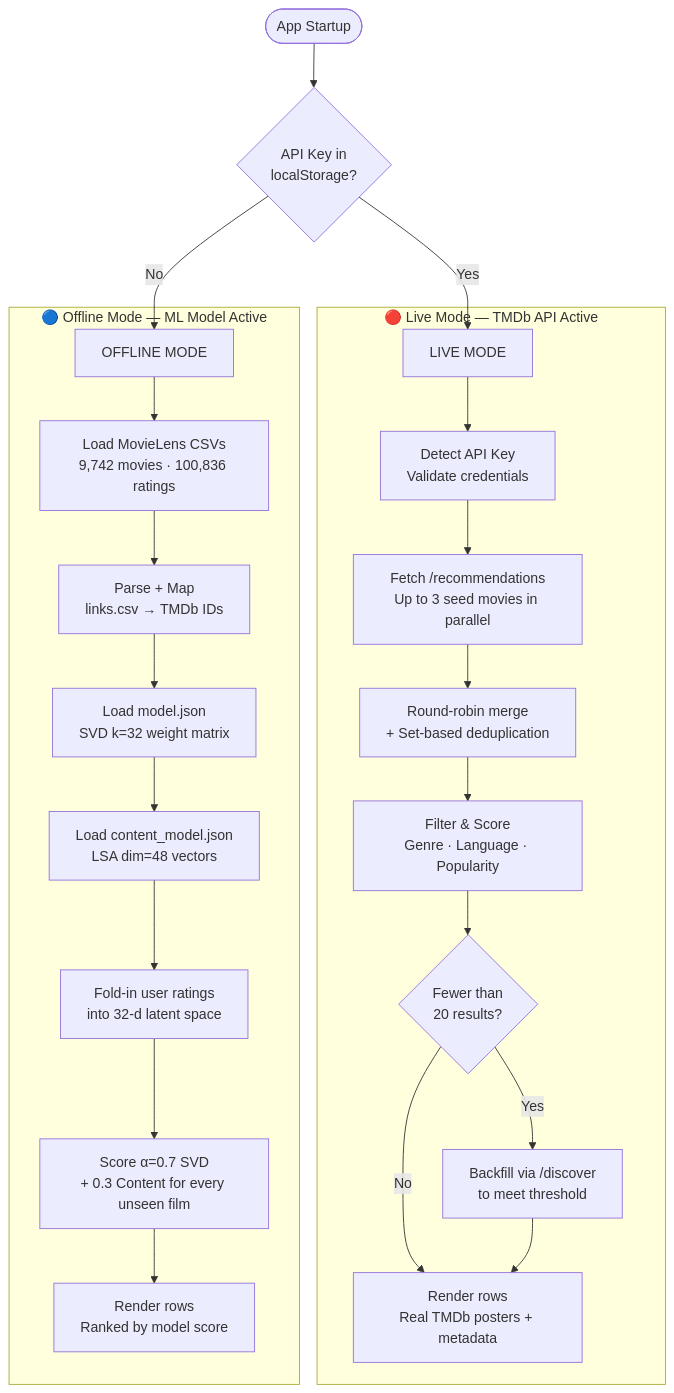
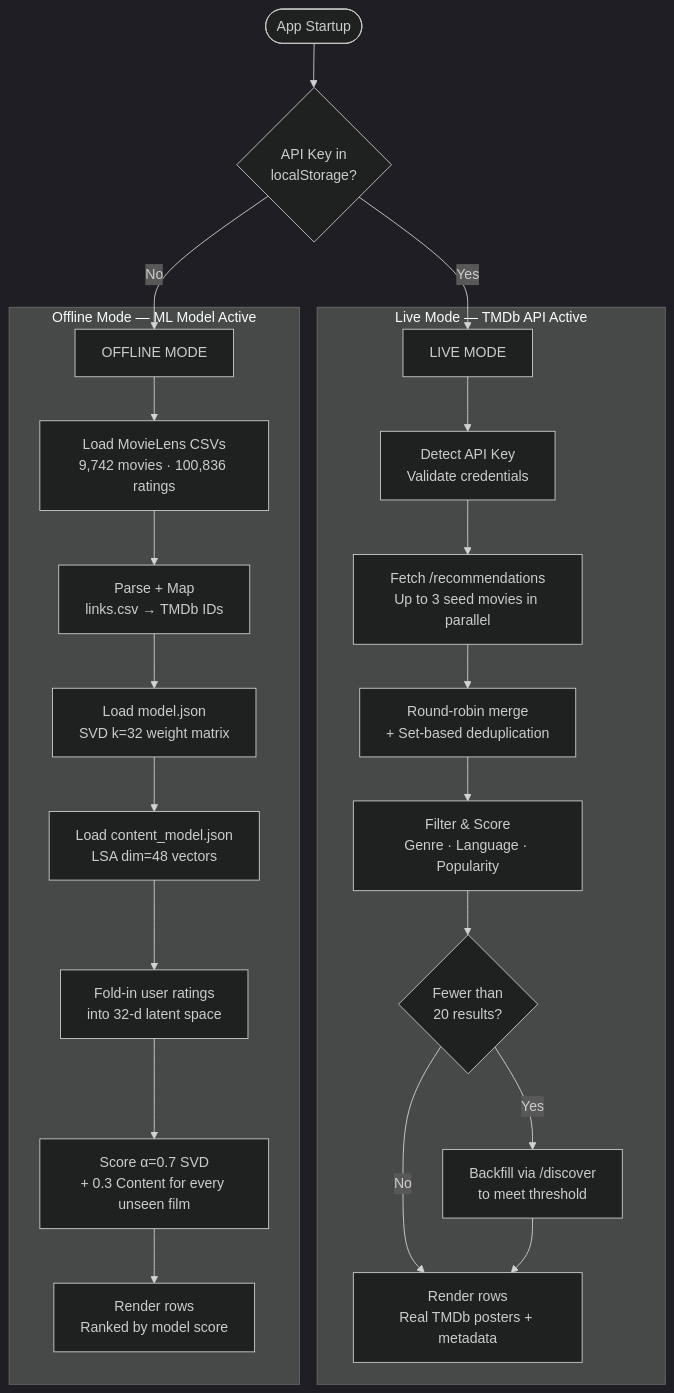
Before and after one commit to 4-thkind/Movie-Recommendation-Model: the second of 6 diagrams in README.md, drawn with Mermaid. The commit also changed other lines of this file, not shown here.

````diff
--- a/README.md
+++ b/README.md
@@ -118,28 +117,29 @@
 ```mermaid
+%%{init: {'theme': 'dark'}}%%
 flowchart TD
     START([App Startup]) --> DETECT{API Key in\nlocalStorage?}
 
     DETECT -->|Yes| LIVE_START[LIVE MODE]
     DETECT -->|No| OFF_START[OFFLINE MODE]
 
-    subgraph LIVE [" 🔴  Live Mode — TMDb API Active "]
+    subgraph LIVE [" Live Mode — TMDb API Active "]
         LIVE_START --> L1[Detect API Key\nValidate credentials]
         L1 --> L2[Fetch /recommendations\nUp to 3 seed movies in parallel]
         L2 --> L3[Round-robin merge\n+ Set-based deduplication]
         L3 --> L4[Filter & Score\nGenre · Language · Popularity]
         L4 --> L5{Fewer than\n20 results?}
         L5 -->|Yes| L6[Backfill via /discover\nto meet threshold]
         L5 -->|No| L7[Render rows\nReal TMDb posters + metadata]
         L6 --> L7
     end
 
-    subgraph OFFLINE [" 🔵  Offline Mode — ML Model Active "]
+    subgraph OFFLINE [" Offline Mode — ML Model Active "]
         OFF_START --> O1[Load MovieLens CSVs\n9,742 movies · 100,836 ratings]
         O1 --> O2[Parse + Map\nlinks.csv → TMDb IDs]
         O2 --> O3[Load model.json\nSVD k=32 weight matrix]
         O3 --> O4[Load content_model.json\nLSA dim=48 vectors]
         O4 --> O5[Fold-in user ratings\ninto 32-d latent space]
         O5 --> O6[Score α=0.7 SVD\n+ 0.3 Content for every unseen film]
         O6 --> O7[Render rows\nRanked by model score]
     end
 ```
````
